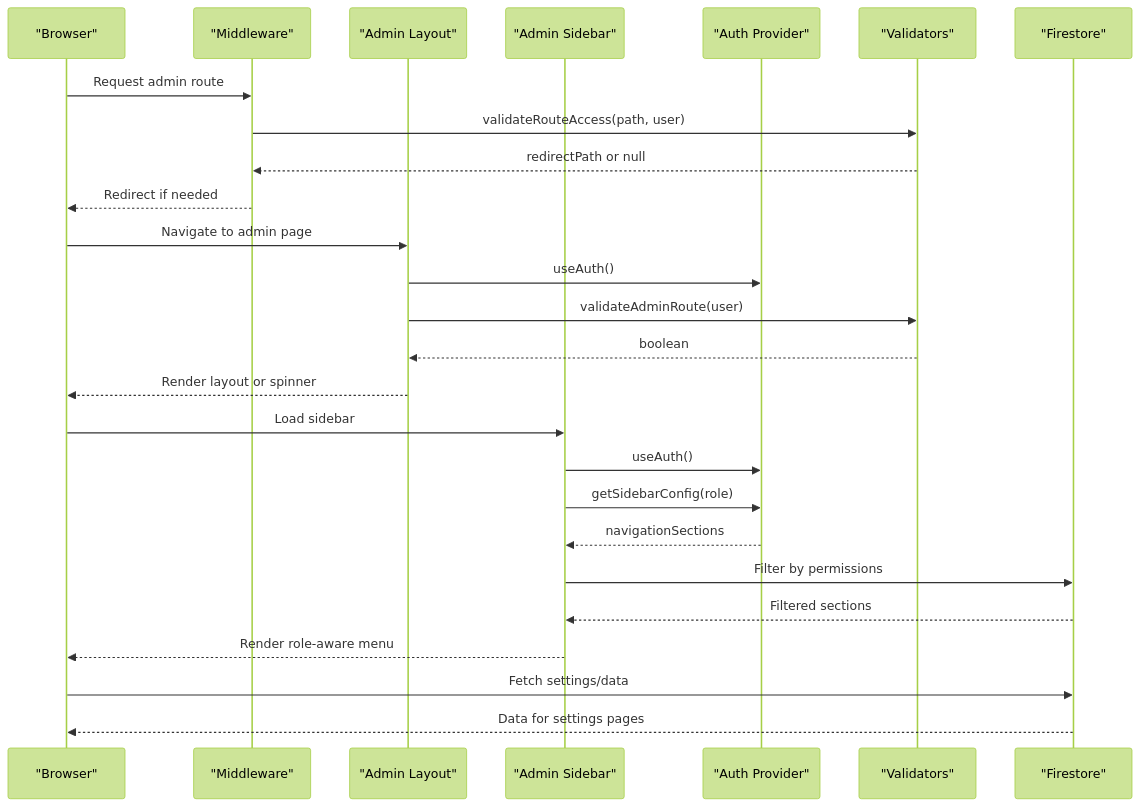
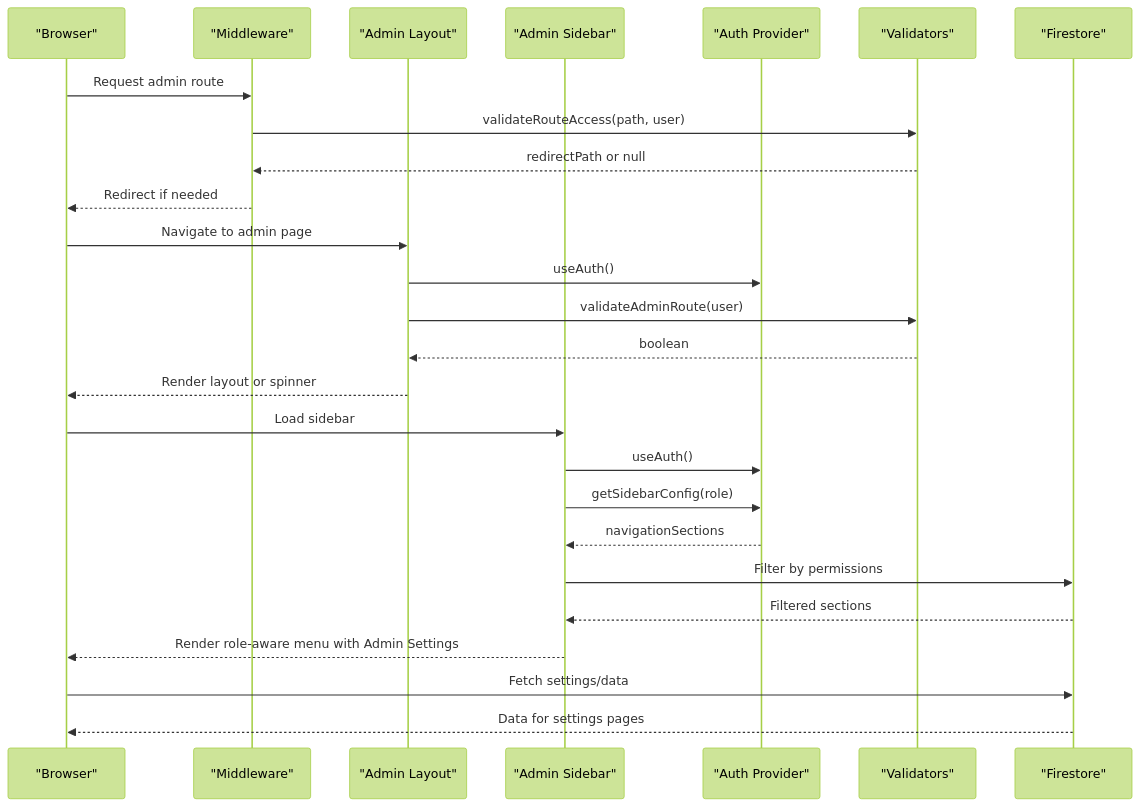
One commit to Unsure-bry/sampacoop_system changed the second of 15 diagrams in .qoder/repowiki/en/content/Project Overview/Core Features & Functionality/Administrative Features.md. Above: the diagram before and after it, drawn with Mermaid (forest theme). The commit also changed other lines of this file and 12 other files, not shown here.

````diff
--- a/.qoder/repowiki/en/content/Project Overview/Core Features & Functionality/Administrative Features.md
+++ b/.qoder/repowiki/en/content/Project Overview/Core Features & Functionality/Administrative Features.md
@@ -182,28 +190,28 @@
 ```mermaid
 sequenceDiagram
 participant Browser as "Browser"
 participant MW as "Middleware"
 participant AL as "Admin Layout"
 participant SB as "Admin Sidebar"
 participant AUTH as "Auth Provider"
 participant VAL as "Validators"
 participant FS as "Firestore"
 Browser->>MW : Request admin route
 MW->>VAL : validateRouteAccess(path, user)
 VAL-->>MW : redirectPath or null
 MW-->>Browser : Redirect if needed
 Browser->>AL : Navigate to admin page
 AL->>AUTH : useAuth()
 AL->>VAL : validateAdminRoute(user)
 VAL-->>AL : boolean
 AL-->>Browser : Render layout or spinner
 Browser->>SB : Load sidebar
 SB->>AUTH : useAuth()
 SB->>AUTH : getSidebarConfig(role)
 AUTH-->>SB : navigationSections
 SB->>FS : Filter by permissions
 FS-->>SB : Filtered sections
-SB-->>Browser : Render role-aware menu
+SB-->>Browser : Render role-aware menu with Admin Settings
 Browser->>FS : Fetch settings/data
 FS-->>Browser : Data for settings pages
 ```
````
